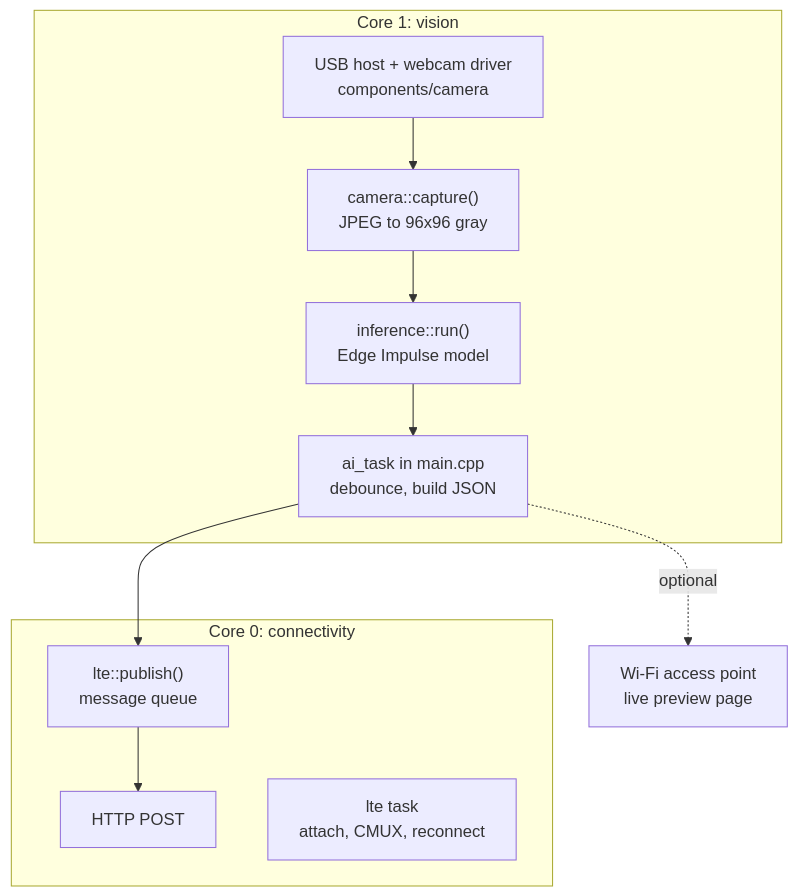
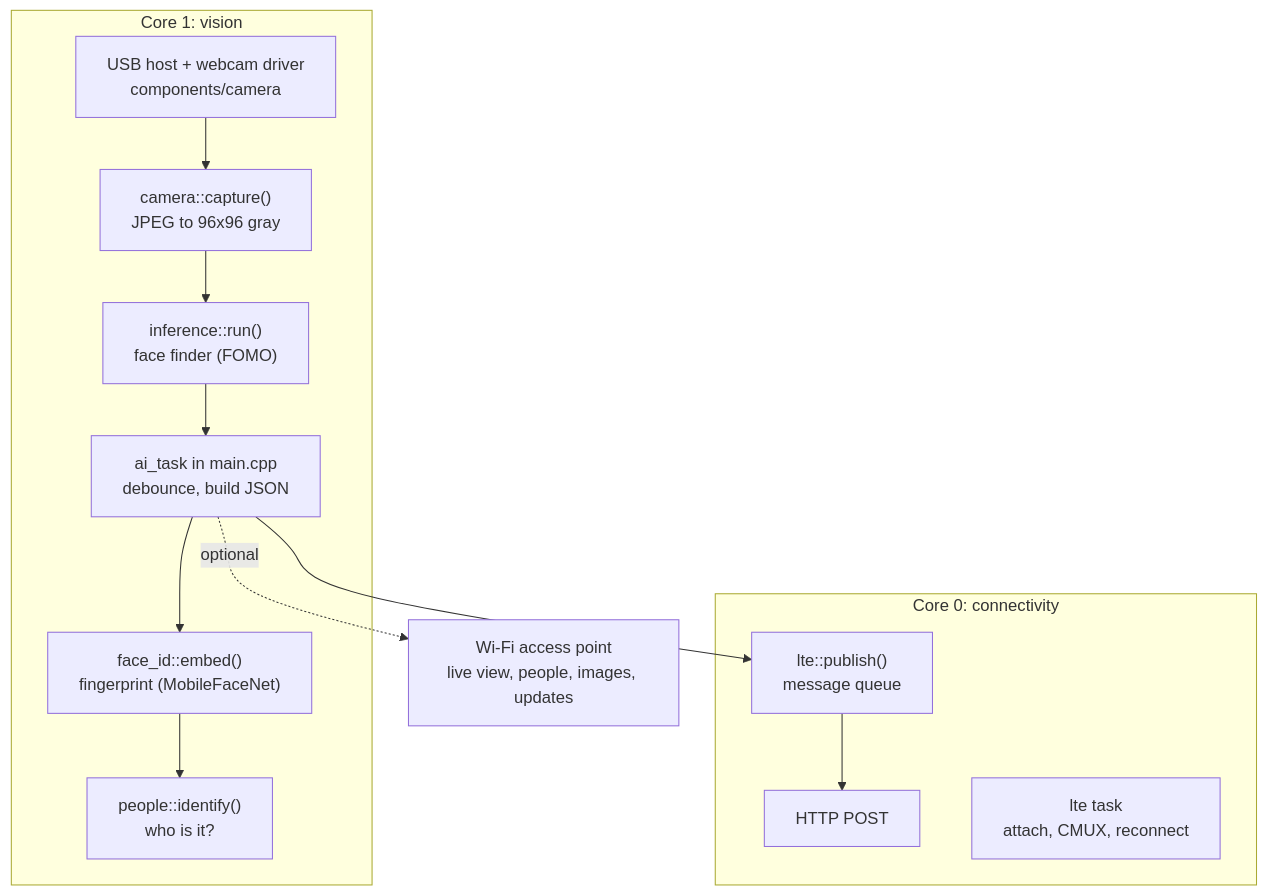
The diagram in docs/how-it-works.md (mferuscomelo/f1-facial-recognition), drawn with Mermaid before and after one commit. The commit also changed other lines of this file and 9 other files, not shown here.

First line of the commit message:
Collect training images from the preview page; docs for recognition, updates and image collection

````diff
--- a/docs/how-it-works.md
+++ b/docs/how-it-works.md
@@ -5,14 +5,16 @@
 ```mermaid
 flowchart TB
     subgraph core1 ["Core 1: vision"]
         usb["USB host + webcam driver<br/>components/camera"] --> cap["camera::capture()<br/>JPEG to 96x96 gray"]
-        cap --> run["inference::run()<br/>Edge Impulse model"]
+        cap --> run["inference::run()<br/>face finder (FOMO)"]
         run --> app["ai_task in main.cpp<br/>debounce, build JSON"]
+        app --> fid["face_id::embed()<br/>fingerprint (MobileFaceNet)"]
+        fid --> ppl["people::identify()<br/>who is it?"]
     end
     subgraph core0 ["Core 0: connectivity"]
         q["lte::publish()<br/>message queue"] --> http["HTTP POST"]
         sup["lte task<br/>attach, CMUX, reconnect"]
     end
     app --> q
-    app -.->|optional| web["Wi-Fi access point<br/>live preview page"]
+    app -.->|optional| web["Wi-Fi access point<br/>live view, people, images, updates"]
 ```
````
